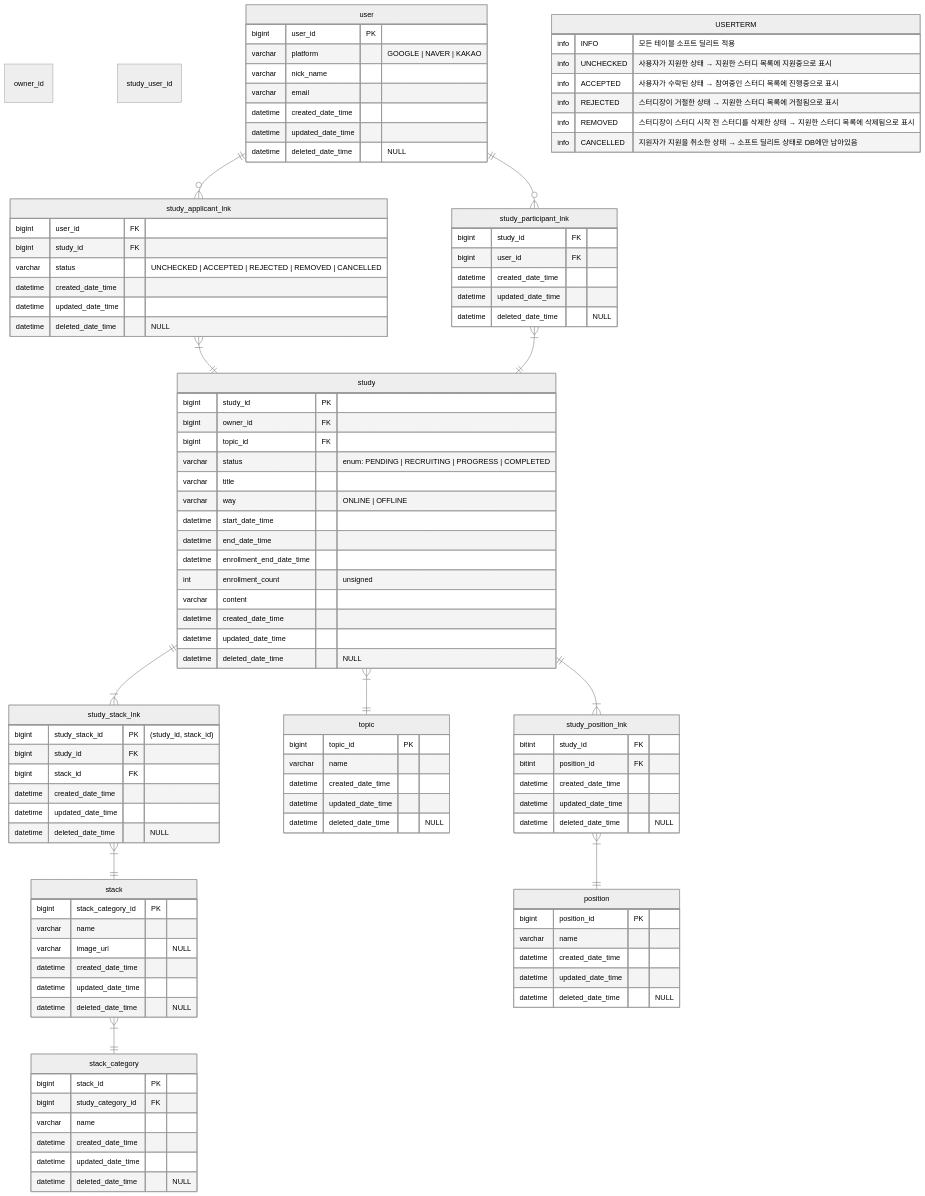
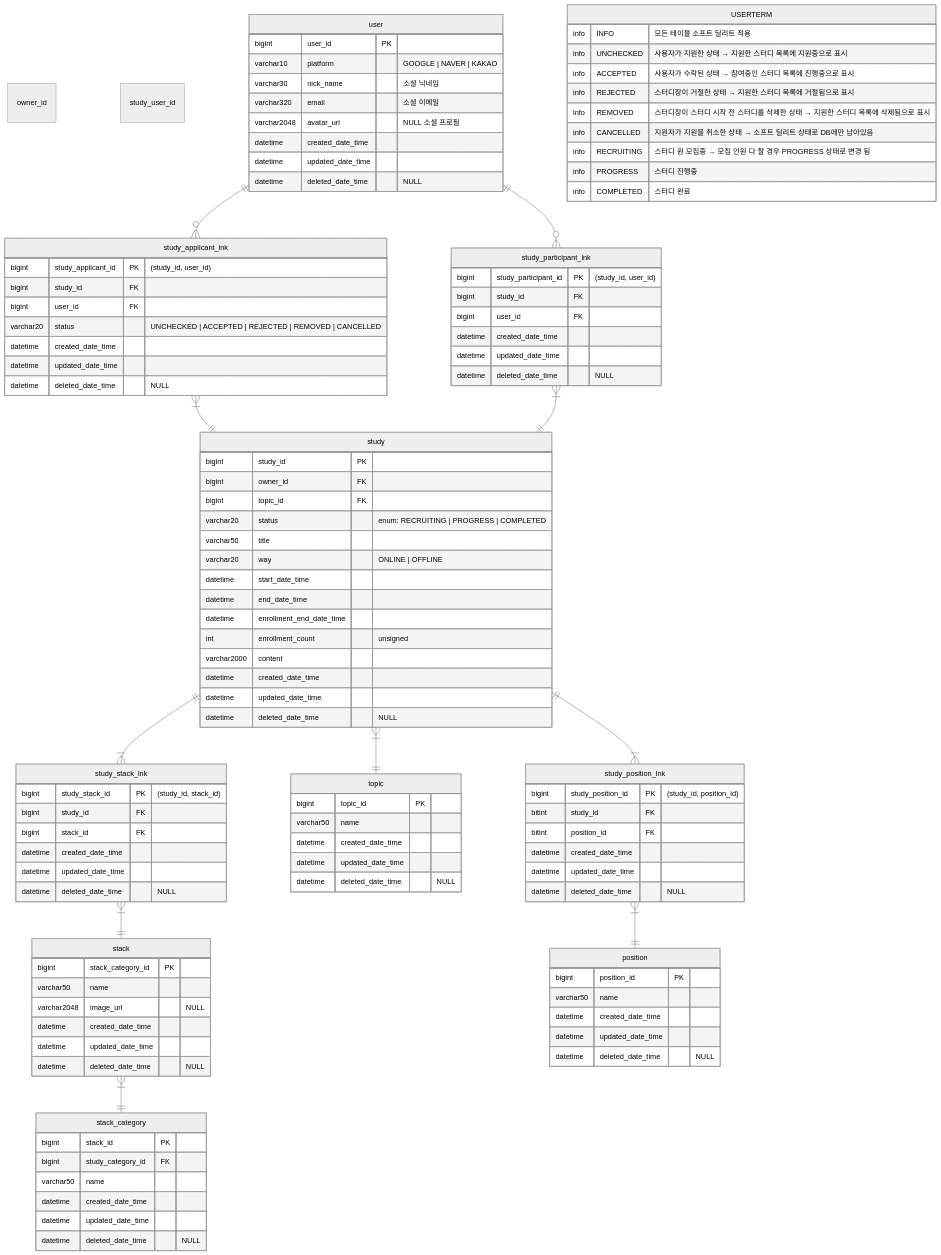
One commit to Ludo-SMP/ludo-backend changed the diagram in docs/erd.md. Above: the diagram before and after it, drawn with Mermaid.

Commit message:
docs: update erd docs

````diff
--- a/docs/erd.md
+++ b/docs/erd.md
@@ -160,32 +160,34 @@
 
     user {
         bigint user_id PK
-        varchar platform "GOOGLE | NAVER | KAKAO"
-        varchar nick_name
-        varchar email
+        varchar10 platform "GOOGLE | NAVER | KAKAO"
+        varchar30 nick_name "소셜 닉네임"
+        varchar320 email "소셜 이메일"
+        varchar2048 avatar_url "NULL 소셜 프로필"
         datetime created_date_time
         datetime updated_date_time
         datetime deleted_date_time "NULL"
-    }
+    }    
 
     study {
         bigint study_id PK
         bigint owner_id FK
         bigint topic_id FK
-        varchar status "enum: PENDING | RECRUITING | PROGRESS | COMPLETED"
-        varchar title
-        varchar way "ONLINE | OFFLINE"
+        varchar20 status "enum: RECRUITING | PROGRESS | COMPLETED"
+        varchar50 title
+        varchar20 way "ONLINE | OFFLINE"
         datetime start_date_time
         datetime end_date_time
         datetime enrollment_end_date_time
         int enrollment_count "unsigned"
-        varchar content
+        varchar2000 content
         datetime created_date_time
         datetime updated_date_time
         datetime deleted_date_time "NULL"
     }
 
     study_participant_lnk {
+        bigint study_participant_id PK "(study_id, user_id)"
         bigint study_id FK
         bigint user_id FK
         datetime created_date_time
@@ -194,9 +196,10 @@
     }
 
     study_applicant_lnk {
+        bigint study_applicant_id PK "(study_id, user_id)"
+        bigint study_id FK
         bigint user_id FK
-        bigint study_id FK
-        varchar status "UNCHECKED | ACCEPTED | REJECTED | REMOVED | CANCELLED"
+        varchar20 status "UNCHECKED | ACCEPTED | REJECTED | REMOVED | CANCELLED"
         datetime created_date_time
         datetime updated_date_time
         datetime deleted_date_time "NULL"
@@ -204,13 +207,14 @@
 
     topic {
         bigint topic_id PK
-        varchar name
+        varchar50 name
         datetime created_date_time
         datetime updated_date_time
         datetime deleted_date_time "NULL"
     }
 
     study_position_lnk {
+        bigint study_position_id PK "(study_id, position_id)"
         bitint study_id FK
         bitint position_id FK
         datetime created_date_time
@@ -220,7 +224,7 @@
 
     position {
         bigint position_id PK
-        varchar name
+        varchar50 name
         datetime created_date_time
         datetime updated_date_time
         datetime deleted_date_time "NULL"
@@ -238,7 +242,7 @@
     stack_category {
         bigint stack_id PK
         bigint study_category_id FK
-        varchar name
+        varchar50 name
         datetime created_date_time
         datetime updated_date_time
         datetime deleted_date_time "NULL"
@@ -246,13 +250,13 @@
 
     stack {
         bigint stack_category_id PK
-        varchar name
-        varchar image_url "NULL"
+        varchar50 name
+        varchar2048 image_url "NULL"
         datetime created_date_time
         datetime updated_date_time
         datetime deleted_date_time "NULL"
     }
-
+    
     USERTERM {
         info INFO "모든 테이블 소프트 딜리트 적용"
         info UNCHECKED "사용자가 지원한 상태 → 지원한 스터디 목록에 지원중으로 표시"
@@ -260,6 +264,9 @@
         info REJECTED "스터디장이 거절한 상태 → 지원한 스터디 목록에 거절됨으로 표시"
         info REMOVED "스터디장이 스터디 시작 전 스터디를 삭제한 상태 → 지원한 스터디 목록에 삭제됨으로 표시"
         info CANCELLED "지원자가 지원을 취소한 상태 → 소프트 딜리트 상태로 DB에만 남아있음"
+        info RECRUITING "스터디 원 모집중 → 모집 인원 다 찰 경우 PROGRESS 상태로 변경 됨"
+        info PROGRESS "스터디 진행중"
+        info COMPLETED "스터디 완료"
     }
 
 ```
````
